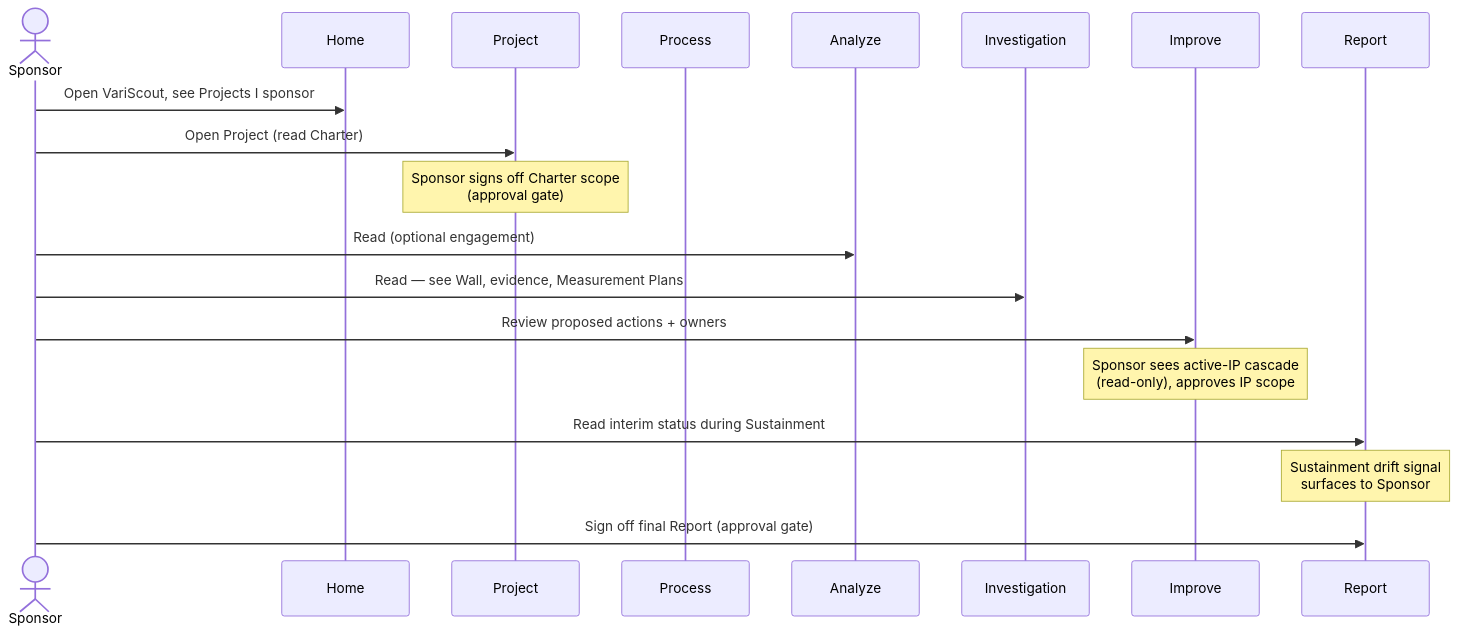
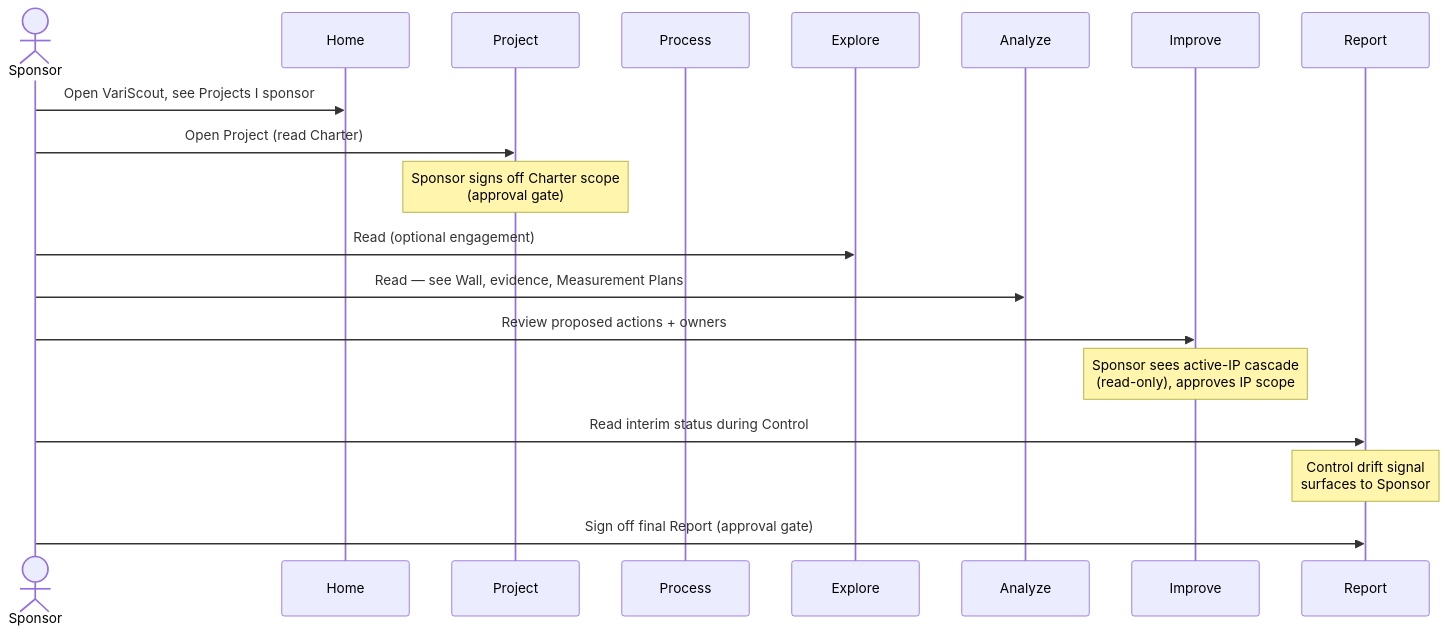
The diagram in docs/02-journeys/personas/sponsor.md (jukka-matti/variscout), drawn with Mermaid before and after one commit. The commit also changed other lines of this file and 18 other files, not shown here.

````diff
--- a/docs/02-journeys/personas/sponsor.md
+++ b/docs/02-journeys/personas/sponsor.md
@@ -38,22 +38,22 @@
 ```mermaid
 sequenceDiagram
     actor Sponsor
     participant Home as Home
     participant Project as Project
     participant Process as Process
+    participant Explore as Explore
     participant Analyze as Analyze
-    participant Investigation as Investigation
     participant Improve as Improve
     participant Report as Report
 
     Sponsor->>Home: Open VariScout, see Projects I sponsor
     Sponsor->>Project: Open Project (read Charter)
     Note over Project: Sponsor signs off Charter scope<br/>(approval gate)
-    Sponsor->>Analyze: Read (optional engagement)
-    Sponsor->>Investigation: Read — see Wall, evidence, Measurement Plans
+    Sponsor->>Explore: Read (optional engagement)
+    Sponsor->>Analyze: Read — see Wall, evidence, Measurement Plans
     Sponsor->>Improve: Review proposed actions + owners
     Note over Improve: Sponsor sees active-IP cascade<br/>(read-only), approves IP scope
-    Sponsor->>Report: Read interim status during Sustainment
-    Note over Report: Sustainment drift signal<br/>surfaces to Sponsor
+    Sponsor->>Report: Read interim status during Control
+    Note over Report: Control drift signal<br/>surfaces to Sponsor
     Sponsor->>Report: Sign off final Report (approval gate)
 ```
````
